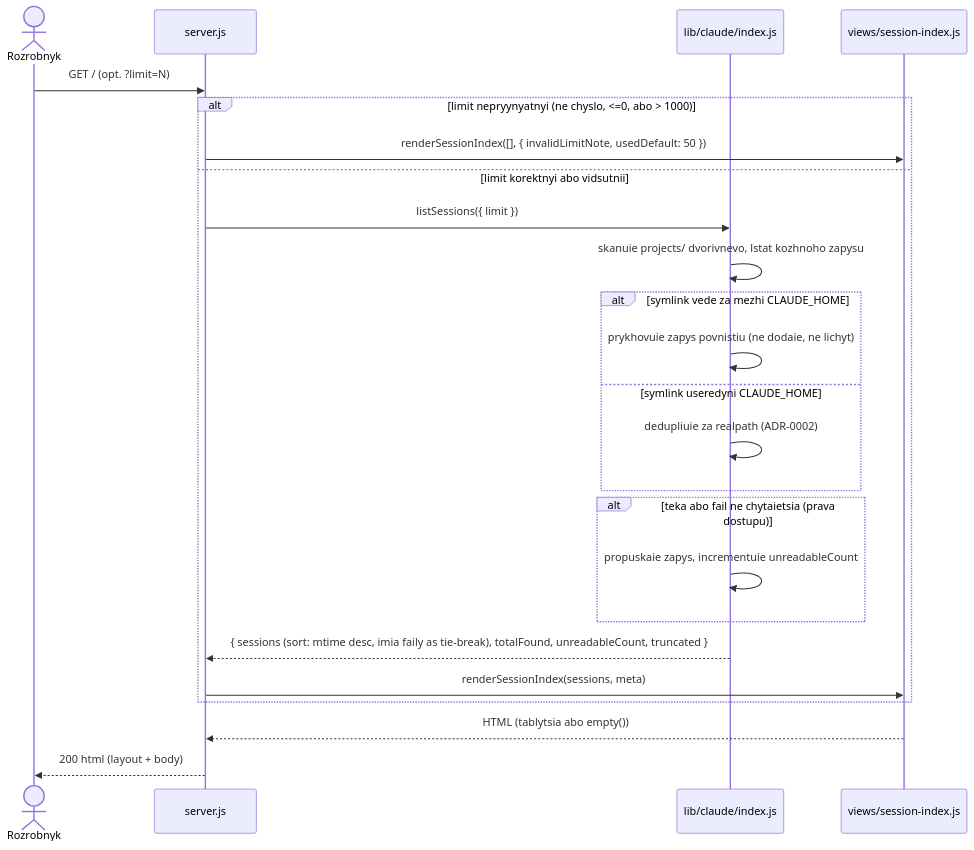
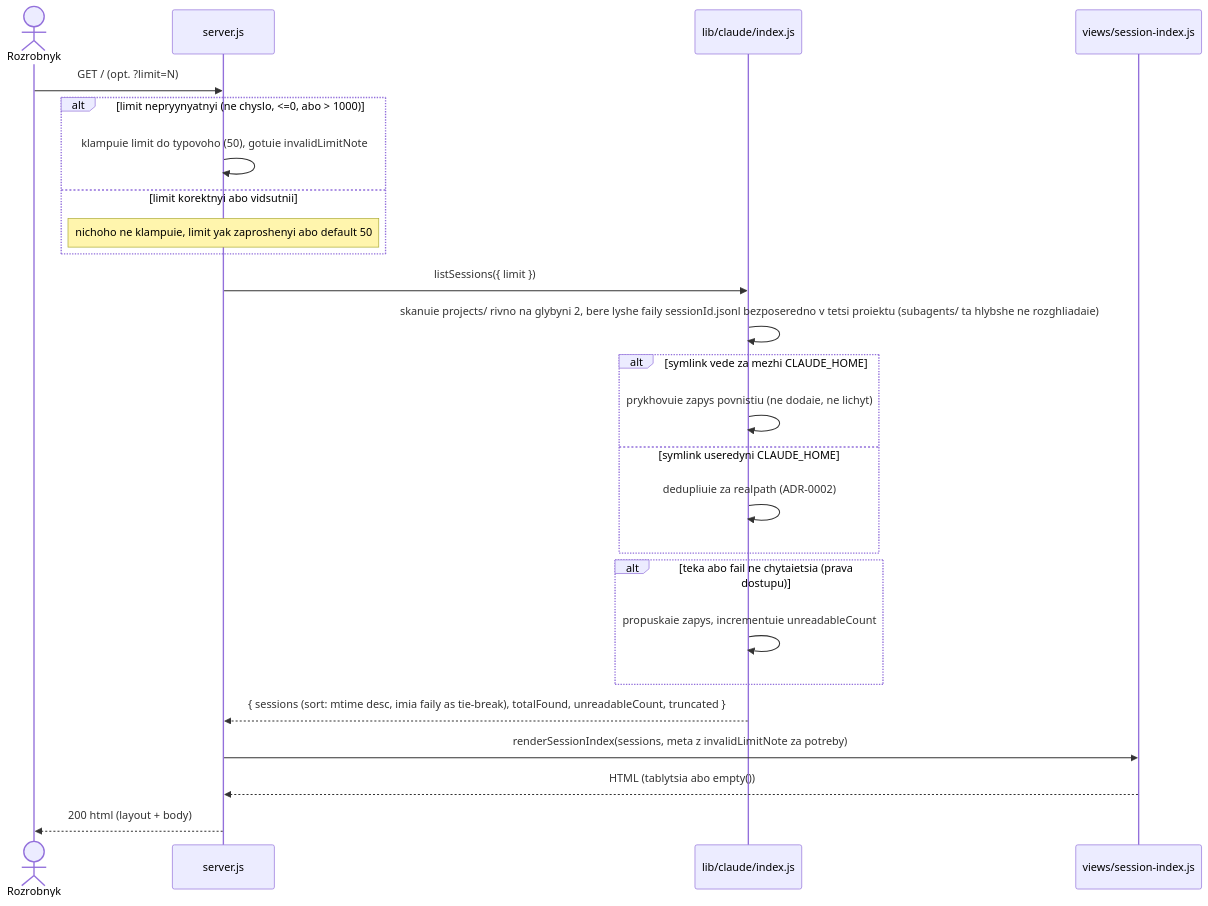
One commit to edlyashenko/test-repo changed the third of 3 diagrams in docs/features/session-index/sad.md. Above: the diagram before and after it, drawn with Mermaid. The commit also changed other lines of this file and 1 other file, not shown here.

Commit message:
design: session-index finalization (critic pass)
Clean-context critic found 5 findings, all fixed:
- §6: invalid ?limit now clamps to the typical 50 and still renders
  real rows (was rendering an empty list, contradicting AC-05).
- §6: scan step now states the exact-depth-2, *.jsonl-only filter,
  closing the AC-10 coverage gap.
- ADR-0002: replaced the strawman "ignore all symlinks" option
  (already excluded by AC-09b) with a genuine dev+ino dedup
  alternative and reasoned the trade-off against it.
- §11: two rows carried forward from spec §8 changed from the
  reserved `Open question` severity (only for this-pass
  save_as_oq resolutions, of which there were none) to `Low`.
- §5: documented views/session-index.js as a second consumer of
  views/layout.js's esc()/empty(), which views/AGENTS.md doesn't
  yet reflect (an implement-time doc update).

Claude-Session: https://claude.ai/code/session_01KNqTkLHVDQ4ztE7rd3J2VW

````diff
--- a/docs/features/session-index/sad.md
+++ b/docs/features/session-index/sad.md
@@ -149,27 +151,28 @@
 ```mermaid
 sequenceDiagram
     actor Rozrobnyk
     participant Web as server.js
     participant Adapter as lib/claude/index.js
     participant View as views/session-index.js
 
     Rozrobnyk->>Web: GET / (opt. ?limit=N)
     alt limit nepryynyatnyi (ne chyslo, <=0, abo > 1000)
-        Web->>View: renderSessionIndex([], { invalidLimitNote, usedDefault: 50 })
+        Web->>Web: klampuie limit do typovoho (50), gotuie invalidLimitNote
     else limit korektnyi abo vidsutnii
-        Web->>Adapter: listSessions({ limit })
-        Adapter->>Adapter: skanuie projects/ dvorivnevo, lstat kozhnoho zapysu
-        alt symlink vede za mezhi CLAUDE_HOME
-            Adapter->>Adapter: prykhovuie zapys povnistiu (ne dodaie, ne lichyt)
-        else symlink useredyni CLAUDE_HOME
-            Adapter->>Adapter: dedupliuie za realpath (ADR-0002)
-        end
-        alt teka abo fail ne chytaietsia (prava dostupu)
-            Adapter->>Adapter: propuskaie zapys, incrementuie unreadableCount
-        end
-        Adapter-->>Web: { sessions (sort: mtime desc, imia faily as tie-break), totalFound, unreadableCount, truncated }
-        Web->>View: renderSessionIndex(sessions, meta)
+        Note over Web: nichoho ne klampuie, limit yak zaproshenyi abo default 50
     end
+    Web->>Adapter: listSessions({ limit })
+    Adapter->>Adapter: skanuie projects/ rivno na glybyni 2, bere lyshe faily sessionId.jsonl bezposeredno v tetsi proiektu (subagents/ ta hlybshe ne rozghliadaie)
+    alt symlink vede za mezhi CLAUDE_HOME
+        Adapter->>Adapter: prykhovuie zapys povnistiu (ne dodaie, ne lichyt)
+    else symlink useredyni CLAUDE_HOME
+        Adapter->>Adapter: dedupliuie za realpath (ADR-0002)
+    end
+    alt teka abo fail ne chytaietsia (prava dostupu)
+        Adapter->>Adapter: propuskaie zapys, incrementuie unreadableCount
+    end
+    Adapter-->>Web: { sessions (sort: mtime desc, imia faily as tie-break), totalFound, unreadableCount, truncated }
+    Web->>View: renderSessionIndex(sessions, meta z invalidLimitNote za potreby)
     View-->>Web: HTML (tablytsia abo empty())
     Web-->>Rozrobnyk: 200 html (layout + body)
 ```
````
